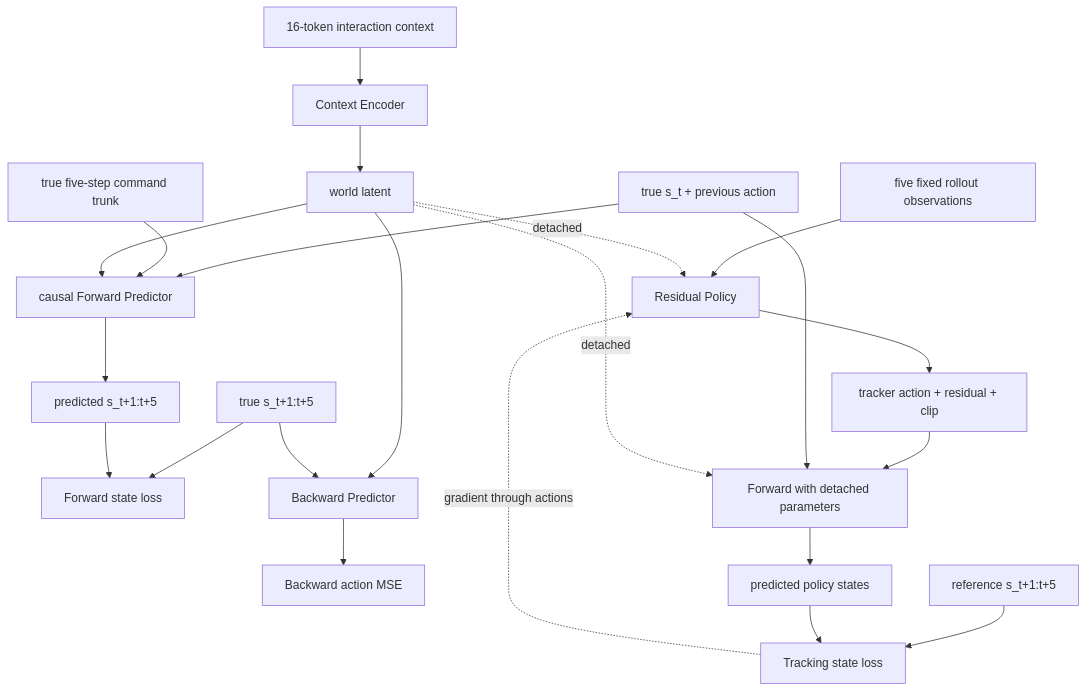
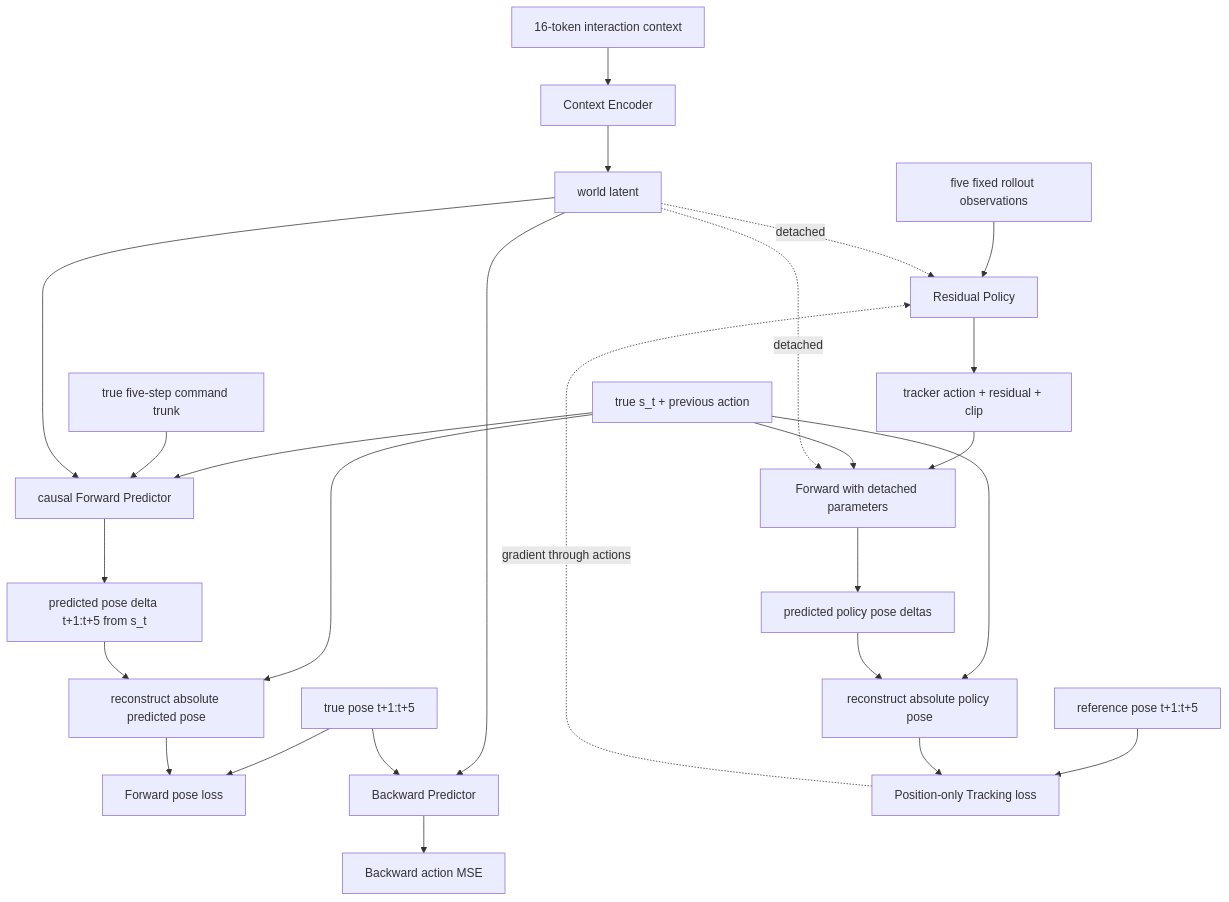
The diagram in docs/residual_training_flow.md (mwondering/intact-tracking), drawn with Mermaid before and after one commit. The commit also changed other lines of this file and 5 other files, not shown here.

Commit message:
Implement pose-delta residual tracking v2

````diff
--- a/docs/residual_training_flow.md
+++ b/docs/residual_training_flow.md
@@ -53,27 +59,31 @@
 ```mermaid
 flowchart TB
     C[16-token interaction context] --> CE[Context Encoder]
     CE --> W[world latent]
 
     S[true s_t + previous action] --> F[causal Forward Predictor]
     A[true five-step command trunk] --> F
     W --> F
-    F --> SF[predicted s_t+1:t+5]
-    ST[true s_t+1:t+5] --> LF[Forward state loss]
-    SF --> LF
+    F --> DF[predicted pose delta t+1:t+5 from s_t]
+    S --> RF[reconstruct absolute predicted pose]
+    DF --> RF
+    ST[true pose t+1:t+5] --> LF[Forward pose loss]
+    RF --> LF
 
     W --> B[Backward Predictor]
     ST --> B
     B --> LB[Backward action MSE]
 
     O[five fixed rollout observations] --> P[Residual Policy]
     W -. detached .-> P
     P --> AC[tracker action + residual + clip]
     AC --> FF[Forward with detached parameters]
     S --> FF
     W -. detached .-> FF
-    FF --> SP[predicted policy states]
-    R[reference s_t+1:t+5] --> LT[Tracking state loss]
-    SP --> LT
+    FF --> DP[predicted policy pose deltas]
+    S --> RP[reconstruct absolute policy pose]
+    DP --> RP
+    R[reference pose t+1:t+5] --> LT[Position-only Tracking loss]
+    RP --> LT
     LT -. gradient through actions .-> P
 ```
````
